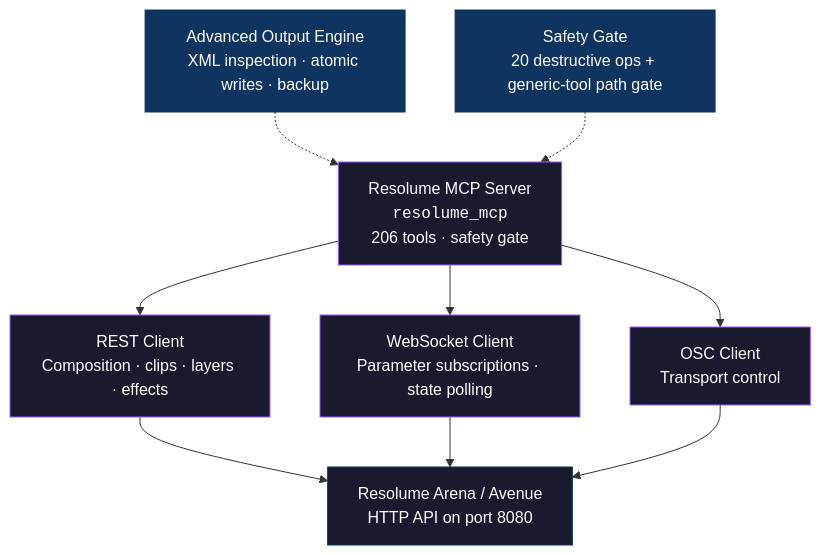
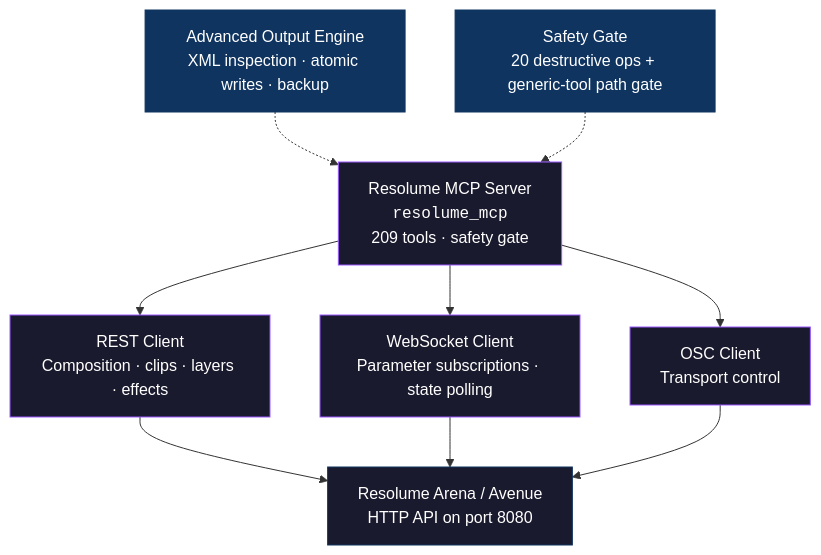
The diagram in README.md (drohi-r/resolume-mcp), drawn with Mermaid before and after one commit. The commit also changed other lines of this file and 7 other files, not shown here.

````diff
--- a/README.md
+++ b/README.md
@@ -62,21 +62,21 @@
 ```mermaid
 graph TD
-    A["Resolume MCP Server<br/><code>resolume_mcp</code><br/>206 tools · safety gate"] --> B
+    A["Resolume MCP Server<br/><code>resolume_mcp</code><br/>209 tools · safety gate"] --> B
     A --> C
     A --> D
     B["REST Client<br/>Composition · clips · layers · effects"] --> E
     C["WebSocket Client<br/>Parameter subscriptions · state polling"] --> E
     D["OSC Client<br/>Transport control"] --> E
     E["Resolume Arena / Avenue<br/>HTTP API on port 8080"]
 
     F["Advanced Output Engine<br/>XML inspection · atomic writes · backup"] -.-> A
     G["Safety Gate<br/>20 destructive ops + generic-tool path gate"] -.-> A
 
     style A fill:#1a1a2e,stroke:#9B59FF,color:#fff
     style B fill:#1a1a2e,stroke:#9B59FF,color:#fff
     style C fill:#1a1a2e,stroke:#9B59FF,color:#fff
     style D fill:#1a1a2e,stroke:#9B59FF,color:#fff
     style E fill:#1a1a2e,stroke:#0f3460,color:#fff
     style F fill:#0f3460,stroke:#0f3460,color:#fff
     style G fill:#0f3460,stroke:#0f3460,color:#fff
 ```
````
